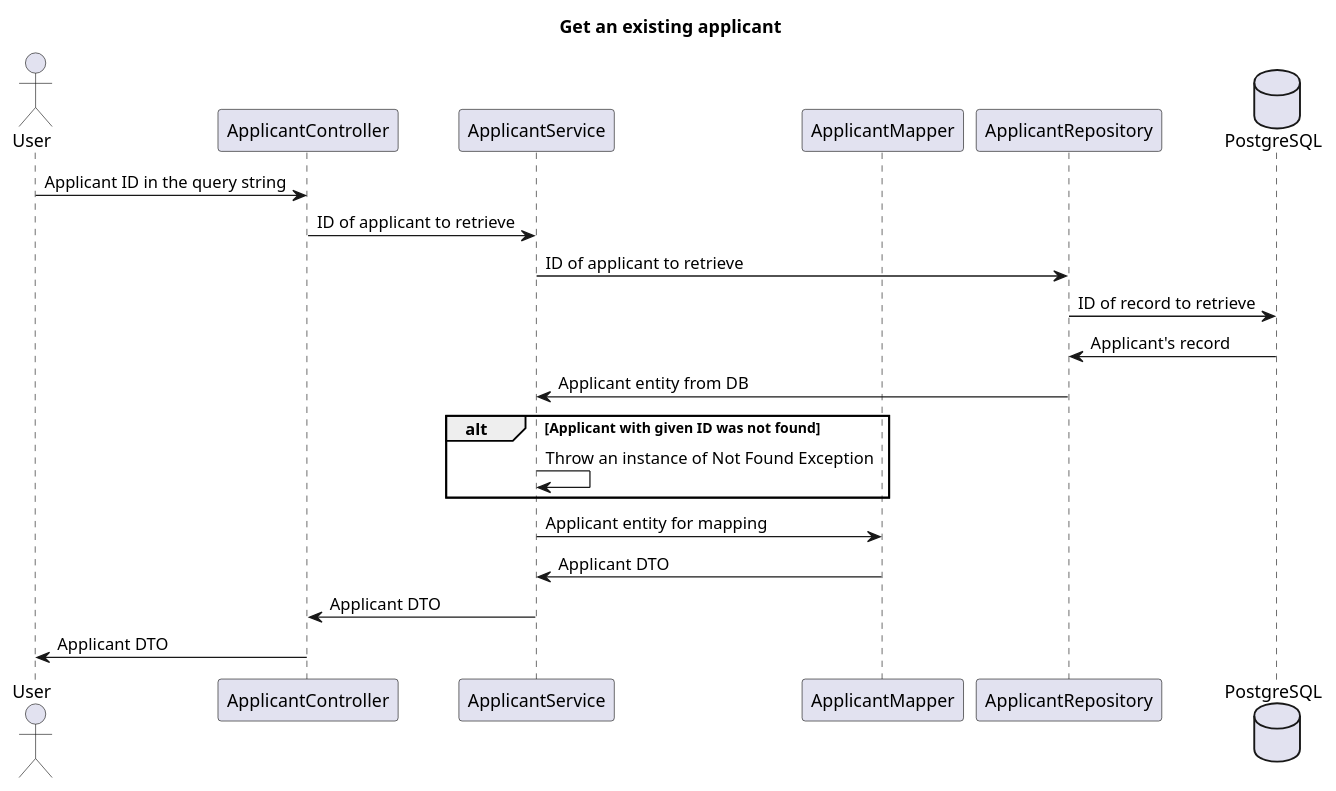
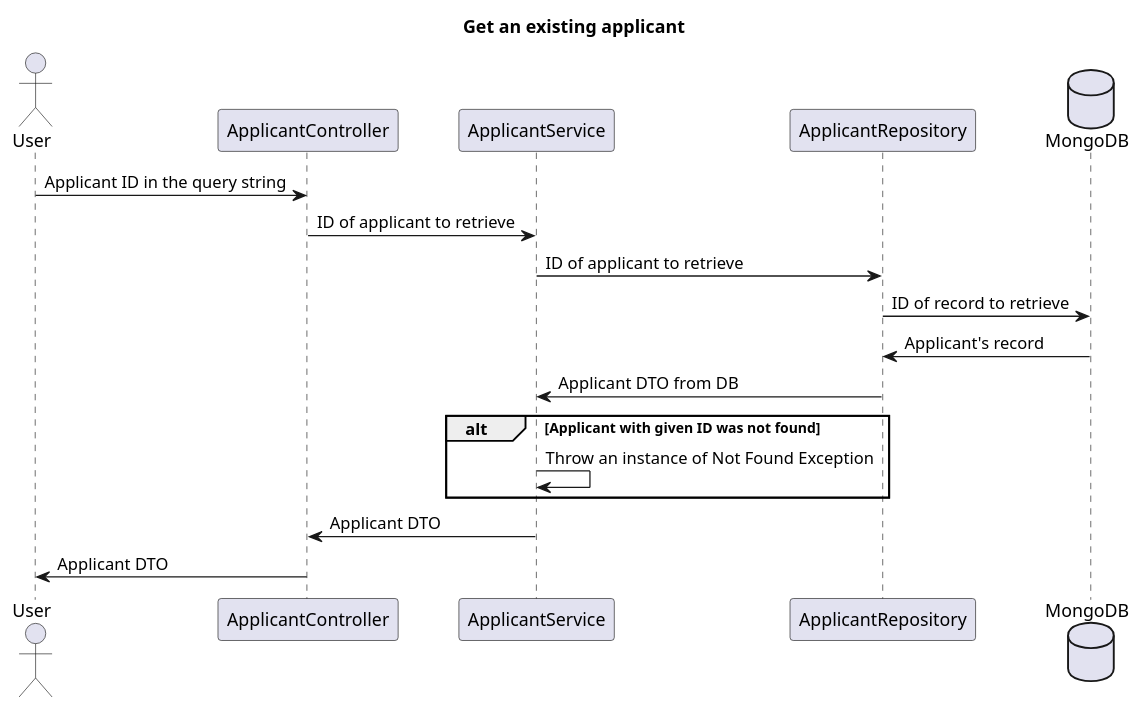
One commit to Aleksandr-Barmin/misc-diagrams changed the diagram in Customer Service/As to be/New REST endpoints/04. applicants get existing.puml. Above: the diagram before and after it, drawn with PlantUML. The commit also changed 7 other files, not shown here.

```diff
--- a/Customer Service/As to be/New REST endpoints/04. applicants get existing.puml
+++ b/Customer Service/As to be/New REST endpoints/04. applicants get existing.puml
@@ -1,28 +1,24 @@
 @startuml Get an existing applicant
     title Get an existing applicant
 
     actor User as user
     participant ApplicantController as applicantController
     participant ApplicantService as applicantService
-    participant ApplicantMapper as applicantMapper
     participant ApplicantRepository as applicantRepository
-    database PostgreSQL as db
+    database MongoDB as db
 
     user -> applicantController: Applicant ID in the query string
         applicantController -> applicantService: ID of applicant to retrieve
 
             applicantService -> applicantRepository: ID of applicant to retrieve
                 applicantRepository -> db: ID of record to retrieve
                 db -> applicantRepository: Applicant's record
-            applicantRepository -> applicantService: Applicant entity from DB
+            applicantRepository -> applicantService: Applicant DTO from DB
 
             alt Applicant with given ID was not found
                 applicantService -> applicantService: Throw an instance of Not Found Exception
             end 
 
-            applicantService -> applicantMapper: Applicant entity for mapping
-            applicantMapper -> applicantService: Applicant DTO
-
         applicantService -> applicantController: Applicant DTO
     applicantController -> user: Applicant DTO
 @enduml
```
